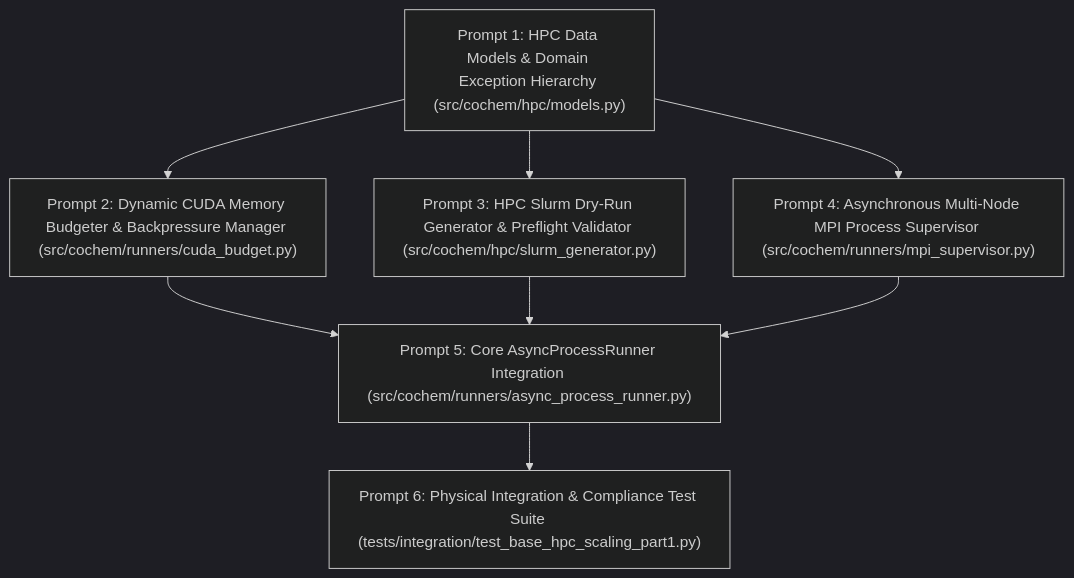
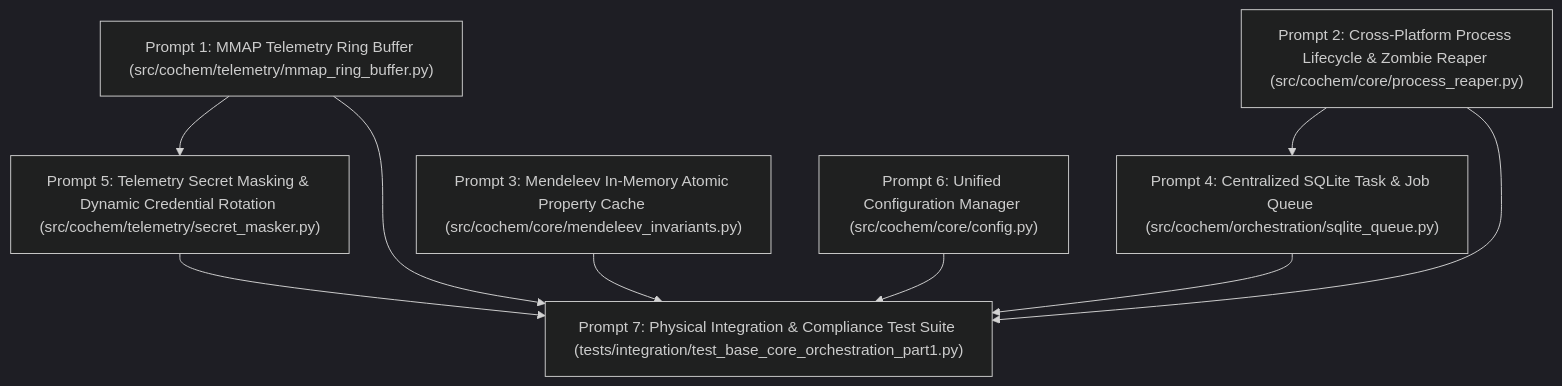
The first of 4 diagrams in cochem_audit_payload.md (ProfJJK-CoChem/CoChem-BASE), drawn with Mermaid (dark theme) before and after one commit. The commit also changed other lines of this file and 21 other files, not shown here.

Commit message:
Automated completion of Perfected_SRS_Chunk_04_BASE_Core_Orchestration_Part_1_prompts.md

````diff
--- a/cochem_audit_payload.md
+++ b/cochem_audit_payload.md
@@ -11,10 +11,11 @@
 ```mermaid
 graph TD
-    P1["Prompt 1: HPC Data Models & Domain Exception Hierarchy (src/cochem/hpc/models.py)"] --> P2["Prompt 2: Dynamic CUDA Memory Budgeter & Backpressure Manager (src/cochem/runners/cuda_budget.py)"]
-    P1 --> P3["Prompt 3: HPC Slurm Dry-Run Generator & Preflight Validator (src/cochem/hpc/slurm_generator.py)"]
-    P1 --> P4["Prompt 4: Asynchronous Multi-Node MPI Process Supervisor (src/cochem/runners/mpi_supervisor.py)"]
-    P2 --> P5["Prompt 5: Core AsyncProcessRunner Integration (src/cochem/runners/async_process_runner.py)"]
-    P3 --> P5
-    P4 --> P5
-    P5 --> P6["Prompt 6: Physical Integration & Compliance Test Suite (tests/integration/test_base_hpc_scaling_part1.py)"]
+    P1["Prompt 1: MMAP Telemetry Ring Buffer (src/cochem/telemetry/mmap_ring_buffer.py)"] --> P5["Prompt 5: Telemetry Secret Masking & Dynamic Credential Rotation (src/cochem/telemetry/secret_masker.py)"]
+    P2["Prompt 2: Cross-Platform Process Lifecycle & Zombie Reaper (src/cochem/core/process_reaper.py)"] --> P4["Prompt 4: Centralized SQLite Task & Job Queue (src/cochem/orchestration/sqlite_queue.py)"]
+    P3["Prompt 3: Mendeleev In-Memory Atomic Property Cache (src/cochem/core/mendeleev_invariants.py)"] --> P7["Prompt 7: Physical Integration & Compliance Test Suite (tests/integration/test_base_core_orchestration_part1.py)"]
+    P4 --> P7
+    P5 --> P7
+    P6["Prompt 6: Unified Configuration Manager (src/cochem/core/config.py)"] --> P7
+    P1 --> P7
+    P2 --> P7
 ```
````
